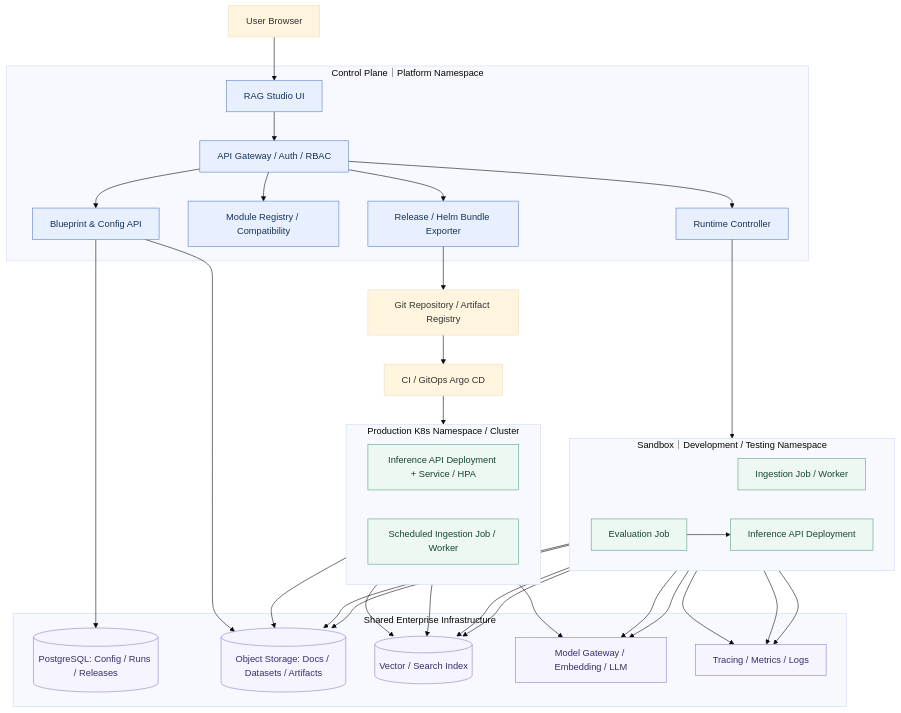
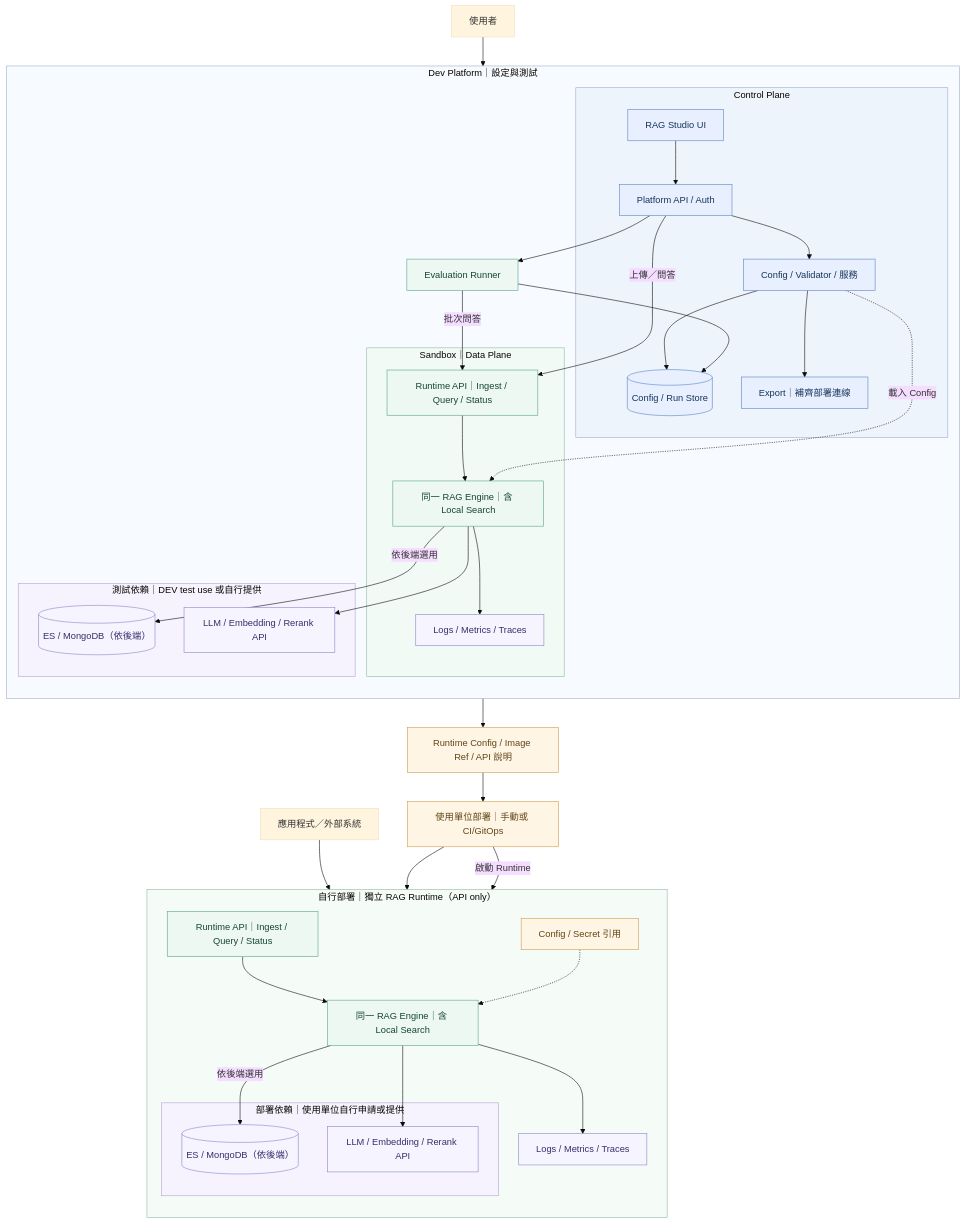
Before and after one commit to SunnyWenwen/rag_platform: the diagram in diagrams/02_infra_architecture.mmd, drawn with Mermaid (base theme). The commit also changed 3 other files, not shown here.

Commit message:
docs: align RAG architecture with dev platform and standalone API runtime

```diff
--- a/diagrams/02_infra_architecture.mmd
+++ b/diagrams/02_infra_architecture.mmd
@@ -1,53 +1,73 @@
 flowchart TB
-  U[User Browser] --> UI[RAG Studio UI]
-  subgraph CP[Control Plane｜Platform Namespace]
-    UI --> API[API Gateway / Auth / RBAC]
-    API --> CONF[Blueprint & Config API]
-    API --> REG[Module Registry / Compatibility]
-    API --> RC[Runtime Controller]
-    API --> REL[Release / Helm Bundle Exporter]
+  %% 2026-10-14: target architecture; runtime, APIs and deployment are not implemented yet.
+  %% Both environments use the same versioned Engine and Runtime API contract.
+  %% Local Search runs ingestion and inference in one process; Memory needs re-ingestion after restart.
+  %% Optional MongoDB persists Chunks/vectors for rebuilding FAISS and BM25, not for searching.
+  %% FAISS/BM25/Memory live inside the Engine; external DB nodes are conditional, not required by Memory.
+
+  USER["使用者"] --> UI
+
+  subgraph DEV["Dev Platform｜設定與測試"]
+    direction TB
+    subgraph CP["Control Plane"]
+      UI["RAG Studio UI"] --> PAPI["Platform API / Auth"]
+      PAPI --> CONF["Config / Validator / 服務"]
+      CONF --> META[("Config / Run Store")]
+      CONF --> EXPORT["Export｜補齊部署連線"]
+    end
+
+    PAPI -->|"上傳／問答"| DAPI
+    PAPI --> EVAL["Evaluation Runner"]
+    EVAL -->|"批次問答"| DAPI
+    EVAL --> META
+
+    subgraph SANDBOX["Sandbox｜Data Plane"]
+      DAPI["Runtime API｜Ingest / Query / Status"] --> DENGINE["同一 RAG Engine｜含 Local Search"]
+      CONF -.->|"載入 Config"| DENGINE
+      DENGINE --> DOBS["Logs / Metrics / Traces"]
+    end
+
+    subgraph DRES["測試依賴｜DEV test use 或自行提供"]
+      DSEARCH[("ES / MongoDB（依後端）")]
+      DMODEL["LLM / Embedding / Rerank API"]
+    end
+    DENGINE -->|"依後端選用"| DSEARCH
+    DENGINE --> DMODEL
   end
-  CONF --> META[(PostgreSQL: Config / Runs / Releases)]
-  CONF --> OBJ[(Object Storage: Docs / Datasets / Artifacts)]
-  RC --> SANDBOX
-  subgraph SANDBOX[Sandbox｜Development / Testing Namespace]
-    direction LR
-    ING[Ingestion Job / Worker]
-    INF[Inference API Deployment]
-    EVAL[Evaluation Job]
+
+  EXPORT --> BUNDLE["Runtime Config / Image Ref / API 說明"]
+  BUNDLE --> DEPLOY["使用單位部署｜手動或 CI/GitOps"]
+
+  APP["應用程式／外部系統"] --> RAPI
+
+  subgraph PROD["自行部署｜獨立 RAG Runtime（API only）"]
+    direction TB
+    RAPI["Runtime API｜Ingest / Query / Status"] --> PENGINE["同一 RAG Engine｜含 Local Search"]
+    PCONF["Config / Secret 引用"] -.-> PENGINE
+    PENGINE --> POBS["Logs / Metrics / Traces"]
+
+    subgraph PRES["部署依賴｜使用單位自行申請或提供"]
+      PSEARCH[("ES / MongoDB（依後端）")]
+      PMODEL["LLM / Embedding / Rerank API"]
+    end
+    PENGINE -->|"依後端選用"| PSEARCH
+    PENGINE --> PMODEL
   end
-  ING --> OBJ
-  ING --> SEARCH[(Vector / Search Index)]
-  INF --> SEARCH
-  INF --> LLM[Model Gateway / Embedding / LLM]
-  EVAL --> INF
-  EVAL --> OBJ
-  ING --> LLM
-  ING --> OBS[Tracing / Metrics / Logs]
-  INF --> OBS
-  EVAL --> OBS
-  REL --> GIT[Git Repository / Artifact Registry]
-  GIT --> CD[CI / GitOps Argo CD]
-  CD --> PROD
-  subgraph PROD[Production K8s Namespace / Cluster]
-    direction LR
-    PAPI[Inference API Deployment + Service / HPA]
-    PJOB[Scheduled Ingestion Job / Worker]
-  end
-  PAPI --> SEARCH
-  PJOB --> SEARCH
-  PAPI --> LLM
-  PJOB --> OBJ
-  subgraph SHARED[Shared Enterprise Infrastructure]
-    META
-    OBJ
-    SEARCH
-    LLM
-    OBS
-  end
+
+  DEPLOY --> PCONF
+  DEPLOY -->|"啟動 Runtime"| PENGINE
+
   classDef control fill:#e8f0ff,stroke:#5881c8,color:#163459
   classDef runtime fill:#ecf8f1,stroke:#58a389,color:#174633
-  classDef shared fill:#f5f4ff,stroke:#8c83c6,color:#372f6b
-  class UI,API,CONF,REG,RC,REL control
-  class ING,INF,EVAL,PAPI,PJOB runtime
-  class META,OBJ,SEARCH,LLM,OBS shared
+  classDef resource fill:#f5f4ff,stroke:#8c83c6,color:#372f6b
+  classDef delivery fill:#fff5e5,stroke:#cf9b4a,color:#624516
+  class UI,PAPI,CONF,META,EXPORT control
+  class DAPI,DENGINE,EVAL,RAPI,PENGINE runtime
+  class DSEARCH,DMODEL,PSEARCH,PMODEL,DOBS,POBS resource
+  class BUNDLE,DEPLOY,PCONF delivery
+  style DEV fill:#f7faff,stroke:#9aafc9
+  style CP fill:#eef4fb,stroke:#9aafc9
+  style SANDBOX fill:#f1faf5,stroke:#90b7a3
+  style DRES fill:#f6f3ff,stroke:#b1a3ca
+  style PROD fill:#f5fcf8,stroke:#90b7a3
+  style PRES fill:#f6f3ff,stroke:#b1a3ca
```
